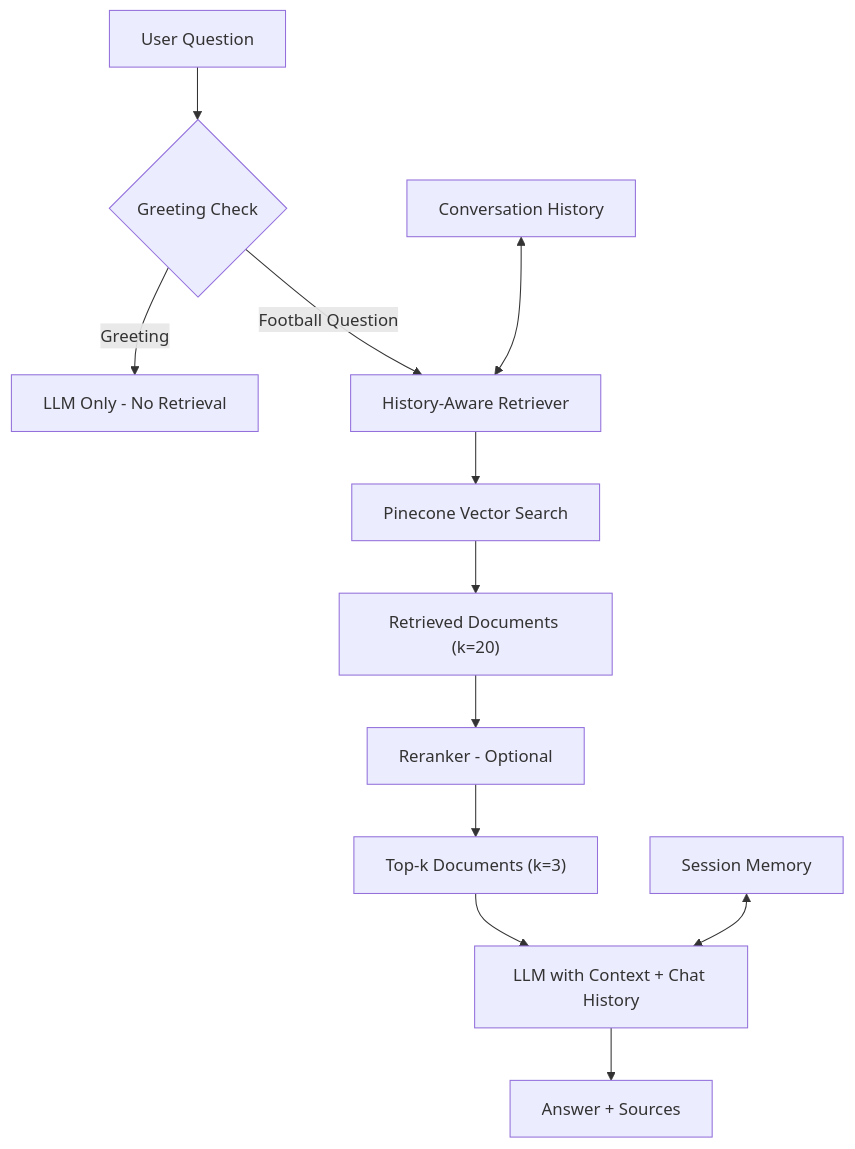
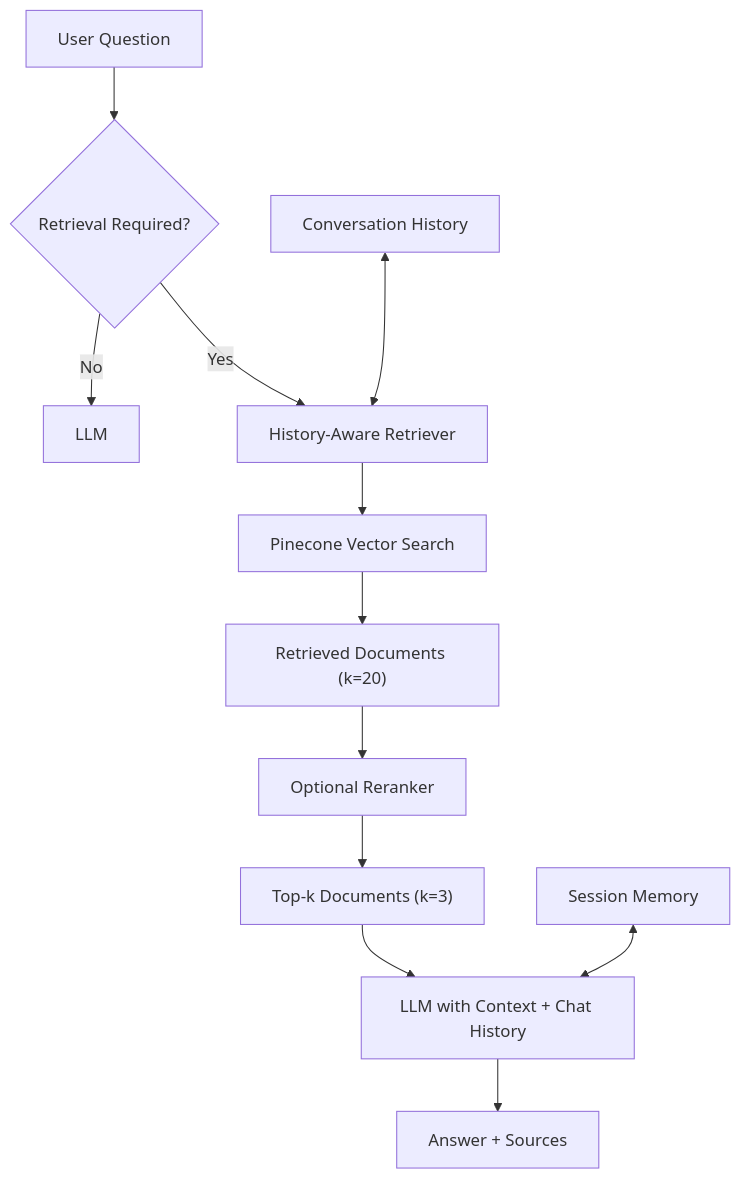
One commit to ashpe-osk/football-analytics-rag changed the diagram in readme.md. Above: the diagram before and after it, drawn with Mermaid. The commit also changed other lines of this file, not shown here.

````diff
--- a/readme.md
+++ b/readme.md
@@ -40,15 +36,15 @@
 ```mermaid
 graph TD
-    A[User Question] --> B{Greeting Check}
-    B -- Greeting --> C[LLM Only - No Retrieval]
-    B -- Football Question --> D[History-Aware Retriever]
+    A[User Question] --> B{Retrieval Required?}
+    B -- No --> C[LLM]
+    B -- Yes --> D[History-Aware Retriever]
     D --> E[Pinecone Vector Search]
     E --> F["Retrieved Documents (k=20)"]
-    F --> G[Reranker - Optional]
+    F --> G["Optional Reranker"]
     G --> H["Top-k Documents (k=3)"]
     H --> I[LLM with Context + Chat History]
     I --> J[Answer + Sources]
 
     K[Session Memory] <--> I
     L[Conversation History] <--> D
 ```
````
